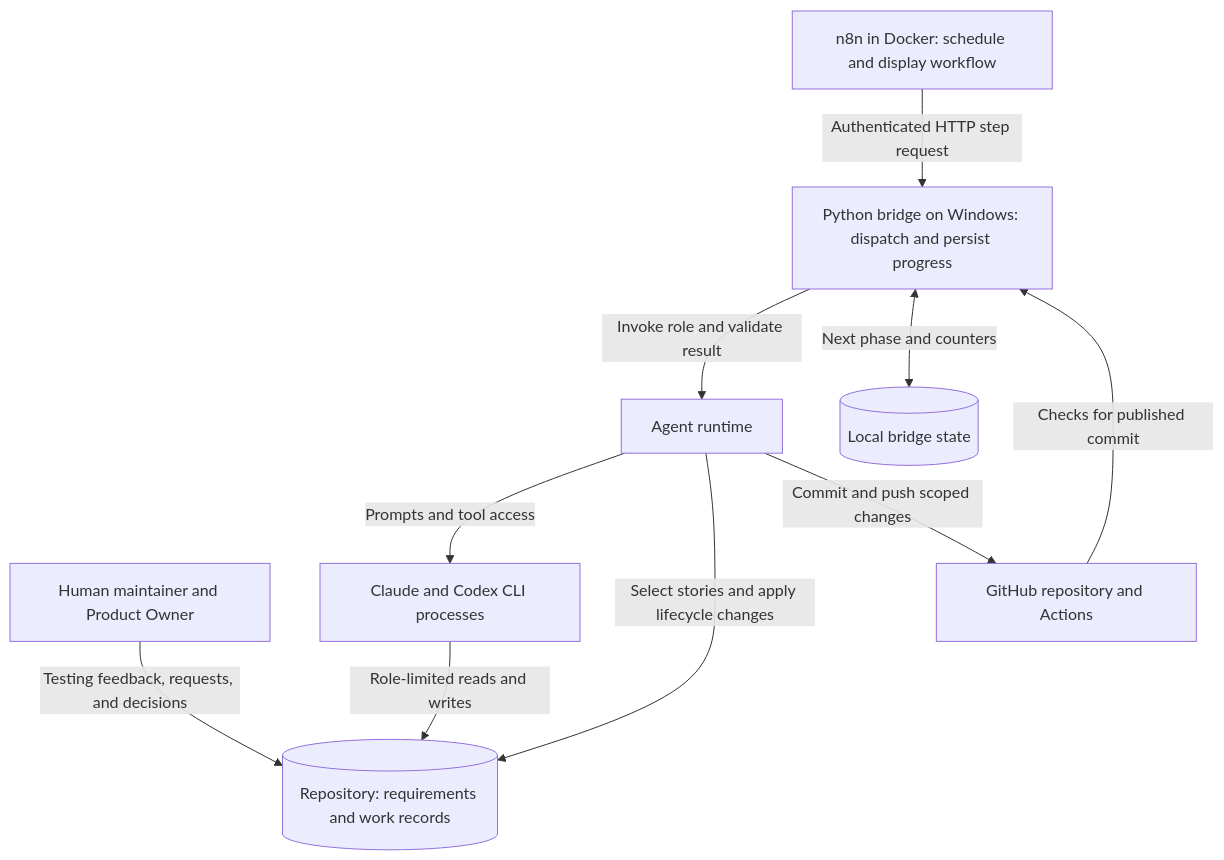
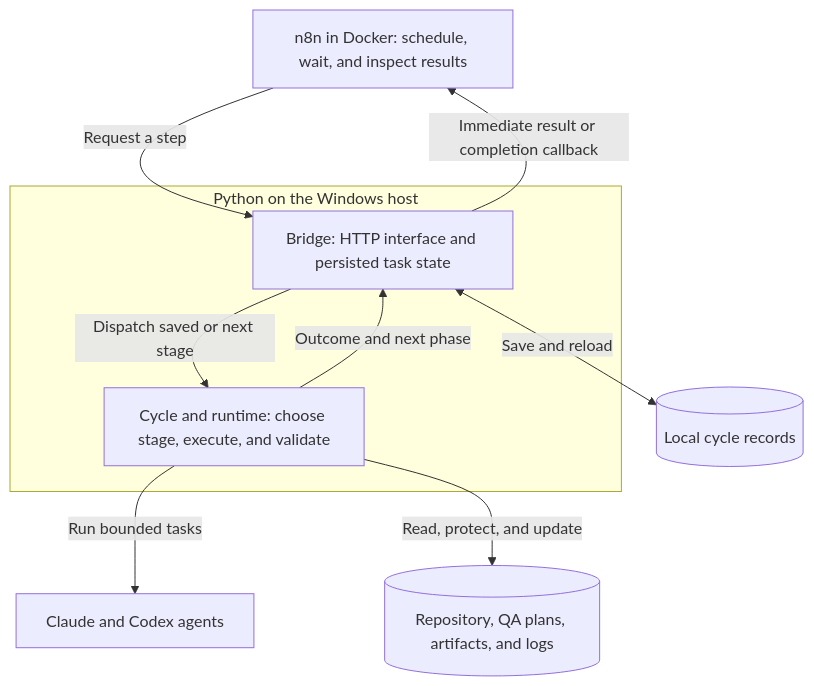
Before and after one commit to Nebettadjsr/GW2: the diagram in agent/docs/ARCHITECTURE.md, drawn with Mermaid. The commit also changed other lines of this file, not shown here.

````diff
--- a/agent/docs/ARCHITECTURE.md
+++ b/agent/docs/ARCHITECTURE.md
@@ -13,12 +13,15 @@
 ```mermaid
 flowchart TB
-    H[Human maintainer and Product Owner] -->|Testing feedback, requests, and decisions| R[(Repository: requirements and work records)]
-    N[n8n in Docker: schedule and display workflow] -->|Authenticated HTTP step request| B[Python bridge on Windows: dispatch and persist progress]
-    B -->|Invoke role and validate result| T[Agent runtime]
-    T -->|Prompts and tool access| M[Claude and Codex CLI processes]
-    M -->|Role-limited reads and writes| R
-    T -->|Select stories and apply lifecycle changes| R
-    B <-->|Next phase and counters| S[(Local bridge state)]
-    T -->|Commit and push scoped changes| G[GitHub repository and Actions]
-    G -->|Checks for published commit| B
+    N[n8n in Docker: schedule, wait, and inspect results]
+    subgraph PY[Python on the Windows host]
+        B[Bridge: HTTP interface and persisted task state]
+        T[Cycle and runtime: choose stage, execute, and validate]
+        B -->|Dispatch saved or next stage| T
+        T -->|Outcome and next phase| B
+    end
+    N -->|Request a step| B
+    B -->|Immediate result or completion callback| N
+    B <-->|Save and reload| S[(Local cycle records)]
+    T -->|Run bounded tasks| A[Claude and Codex agents]
+    T -->|Read, protect, and update| R[(Repository, QA plans, artifacts, and logs)]
 ```
````
